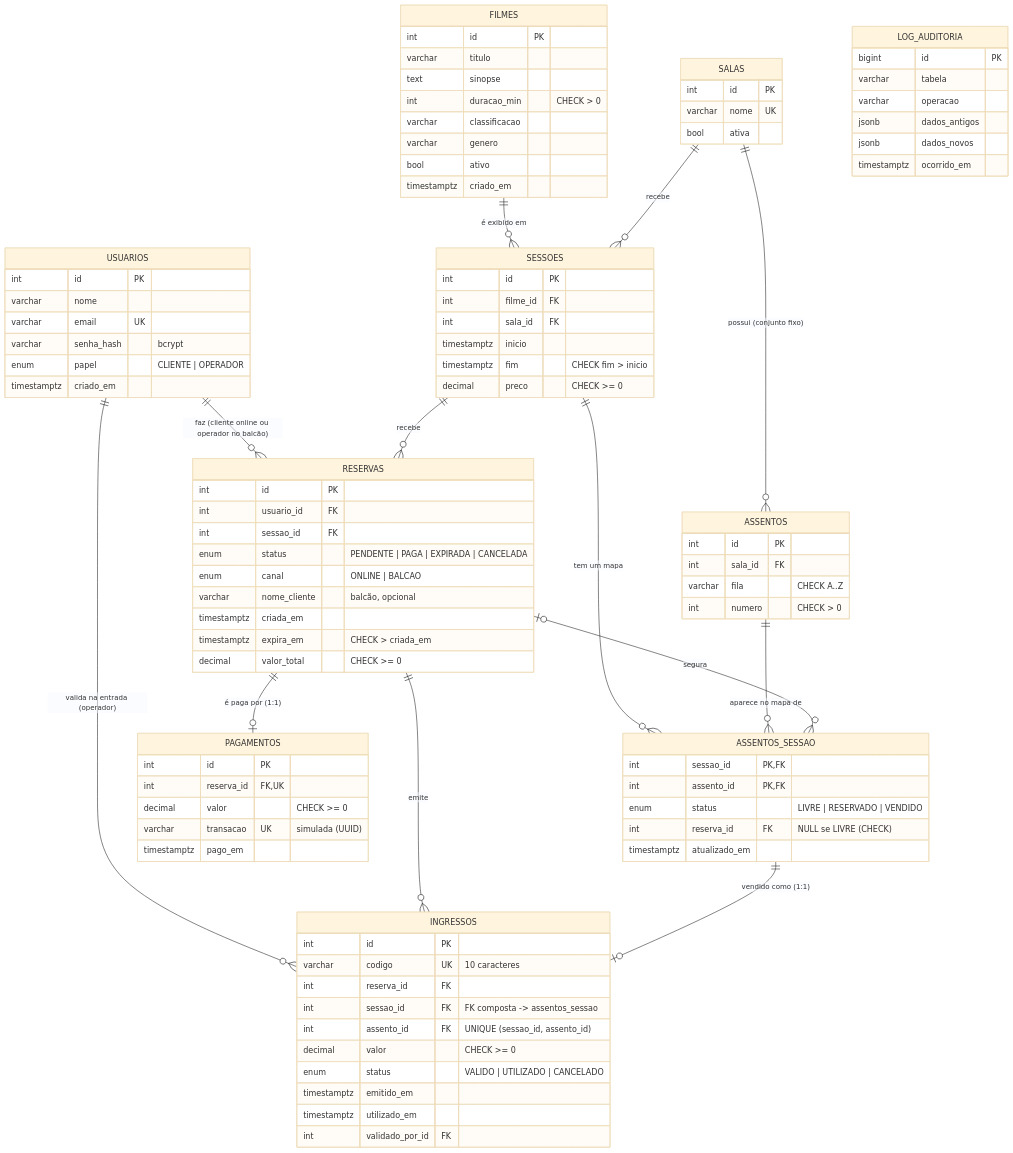
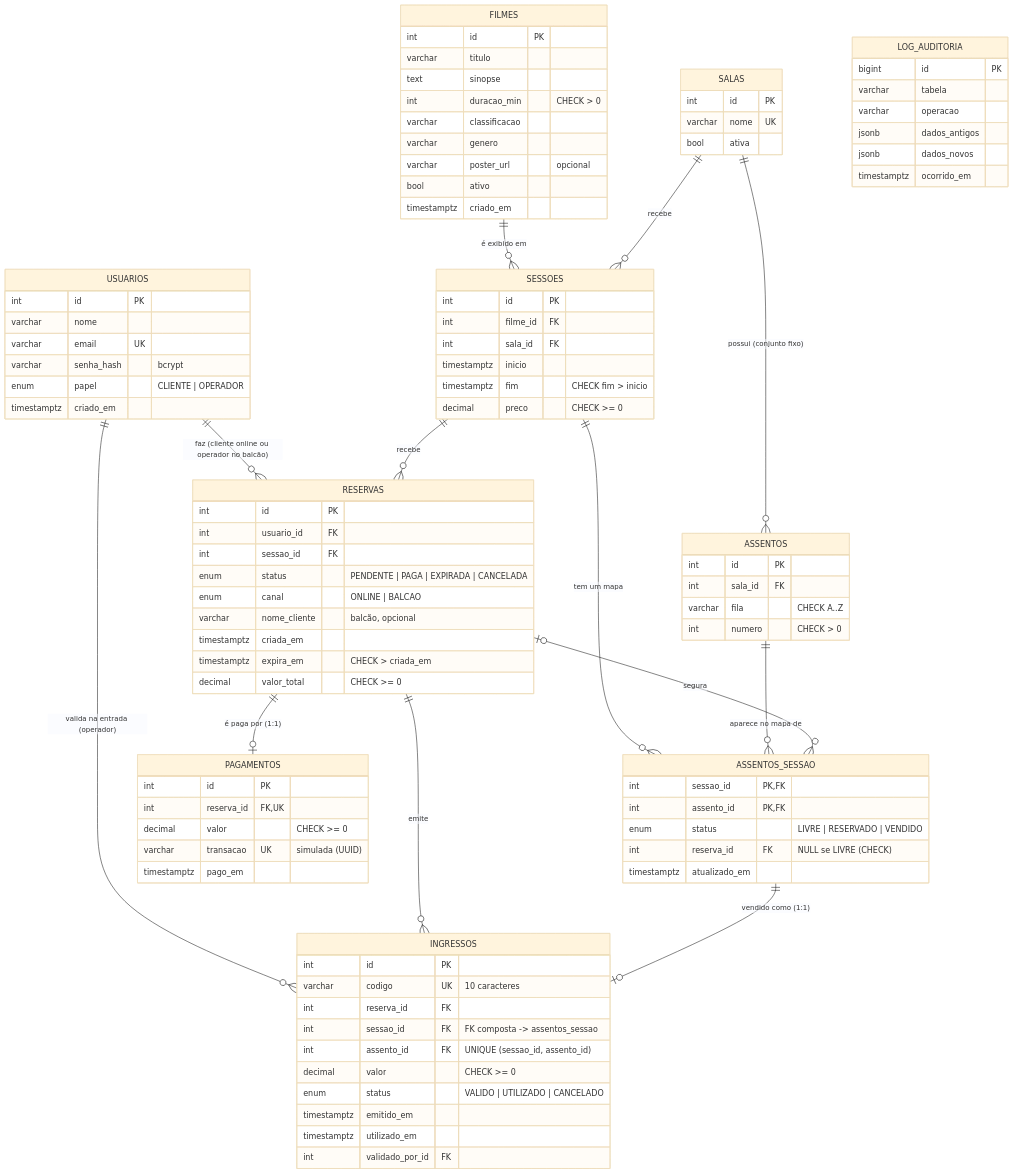
Before and after one commit to lucassmagro/CineON: the diagram in docs/der.md, drawn with Mermaid (base theme). The commit also changed 2 other files, not shown here.

Commit message:
docs: documenta pôsteres, tema manual e animações

```diff
--- a/docs/der.md
+++ b/docs/der.md
@@ -33,6 +33,7 @@
         int duracao_min "CHECK > 0"
         varchar classificacao
         varchar genero
+        varchar poster_url "opcional"
         bool ativo
         timestamptz criado_em
     }
```
